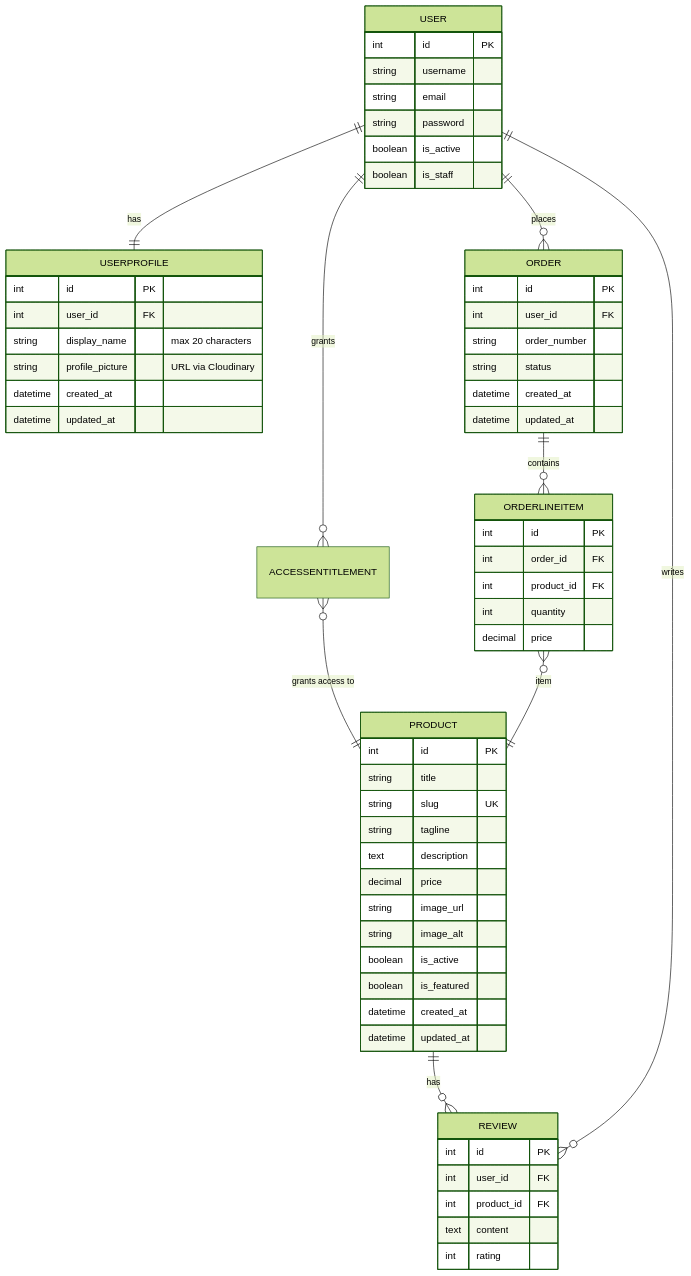
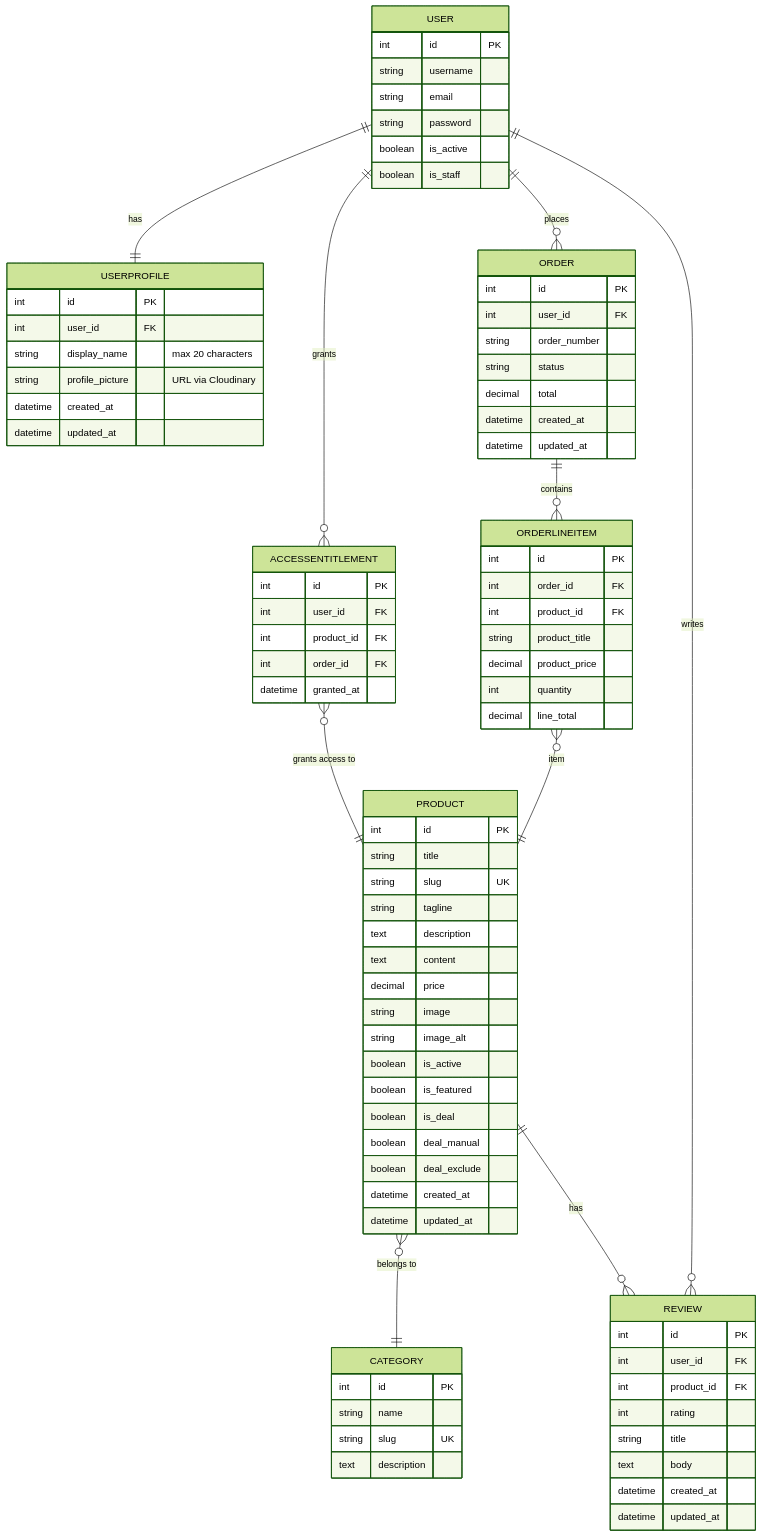
One commit to Drake-Designer/The-Elysium-Archive changed the diagram in README.md. Above: the diagram before and after it, drawn with Mermaid (forest theme). The commit also changed other lines of this file and 1 other file, not shown here.

````diff
--- a/README.md
+++ b/README.md
@@ -862,6 +816,7 @@
     ACCESSENTITLEMENT }o--|| PRODUCT : "grants access to"
     ORDER ||--o{ ORDERLINEITEM : contains
     ORDERLINEITEM }o--|| PRODUCT : item
+    PRODUCT }o--|| CATEGORY : "belongs to"
     PRODUCT ||--o{ REVIEW : has
     USER ||--o{ REVIEW : writes
 
@@ -883,11 +838,19 @@
         boolean is_staff
     }
 
+    CATEGORY {
+        int id PK
+        string name
+        string slug UK
+        text description
+    }
+
     ORDER {
         int id PK
         int user_id FK
         string order_number
         string status
+        decimal total
         datetime created_at
         datetime updated_at
     }
@@ -896,8 +859,10 @@
         int id PK
         int order_id FK
         int product_id FK
+        string product_title
+        decimal product_price
         int quantity
-        decimal price
+        decimal line_total
     }
 
     PRODUCT {
@@ -906,20 +871,35 @@
         string slug UK
         string tagline
         text description
+        text content
         decimal price
-        string image_url
+        string image
         string image_alt
         boolean is_active
         boolean is_featured
+        boolean is_deal
+        boolean deal_manual
+        boolean deal_exclude
         datetime created_at
         datetime updated_at
+    }
+
+    ACCESSENTITLEMENT {
+        int id PK
+        int user_id FK
+        int product_id FK
+        int order_id FK
+        datetime granted_at
     }
 
     REVIEW {
         int id PK
         int user_id FK
         int product_id FK
-        text content
         int rating
+        string title
+        text body
+        datetime created_at
+        datetime updated_at
     }
 ```
````
